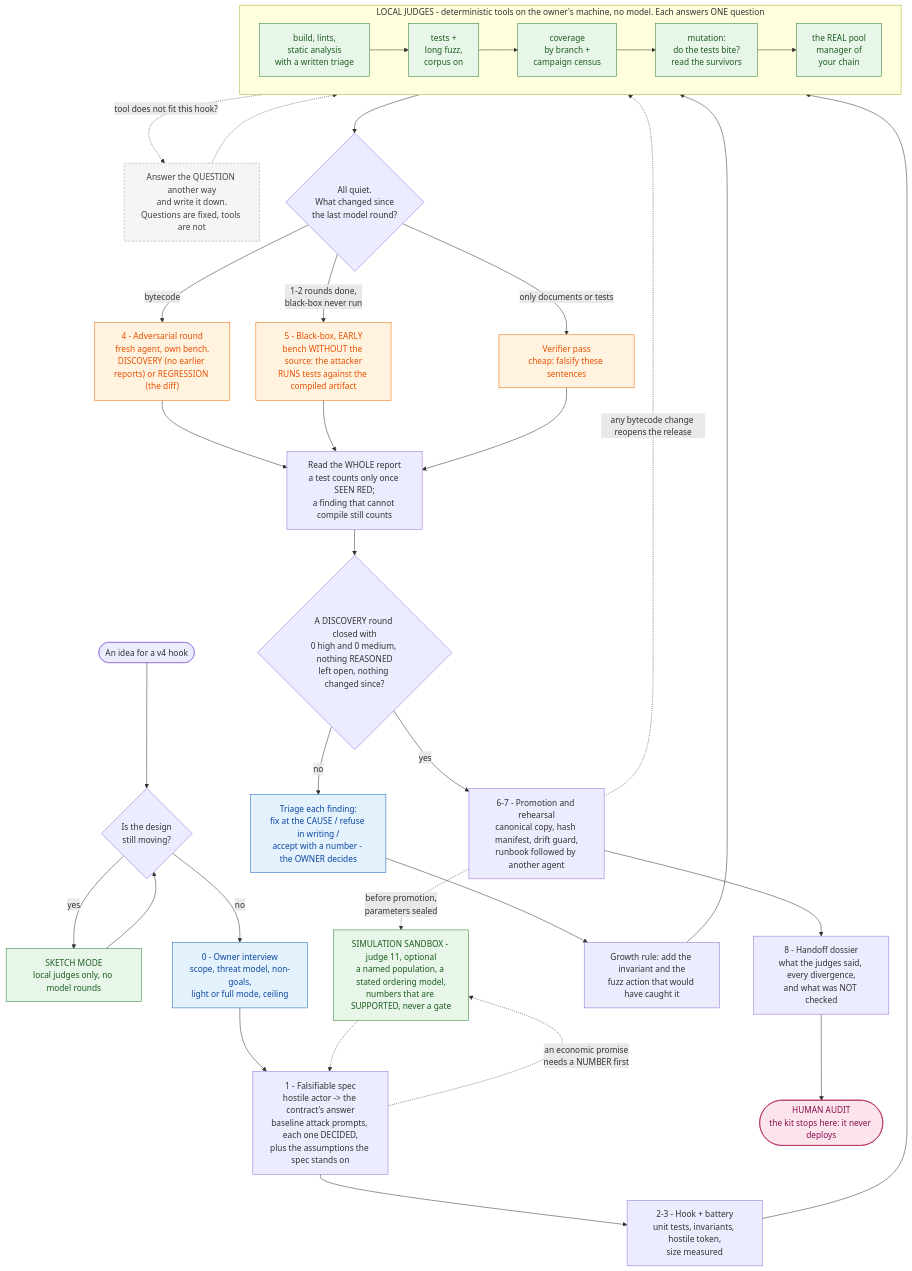
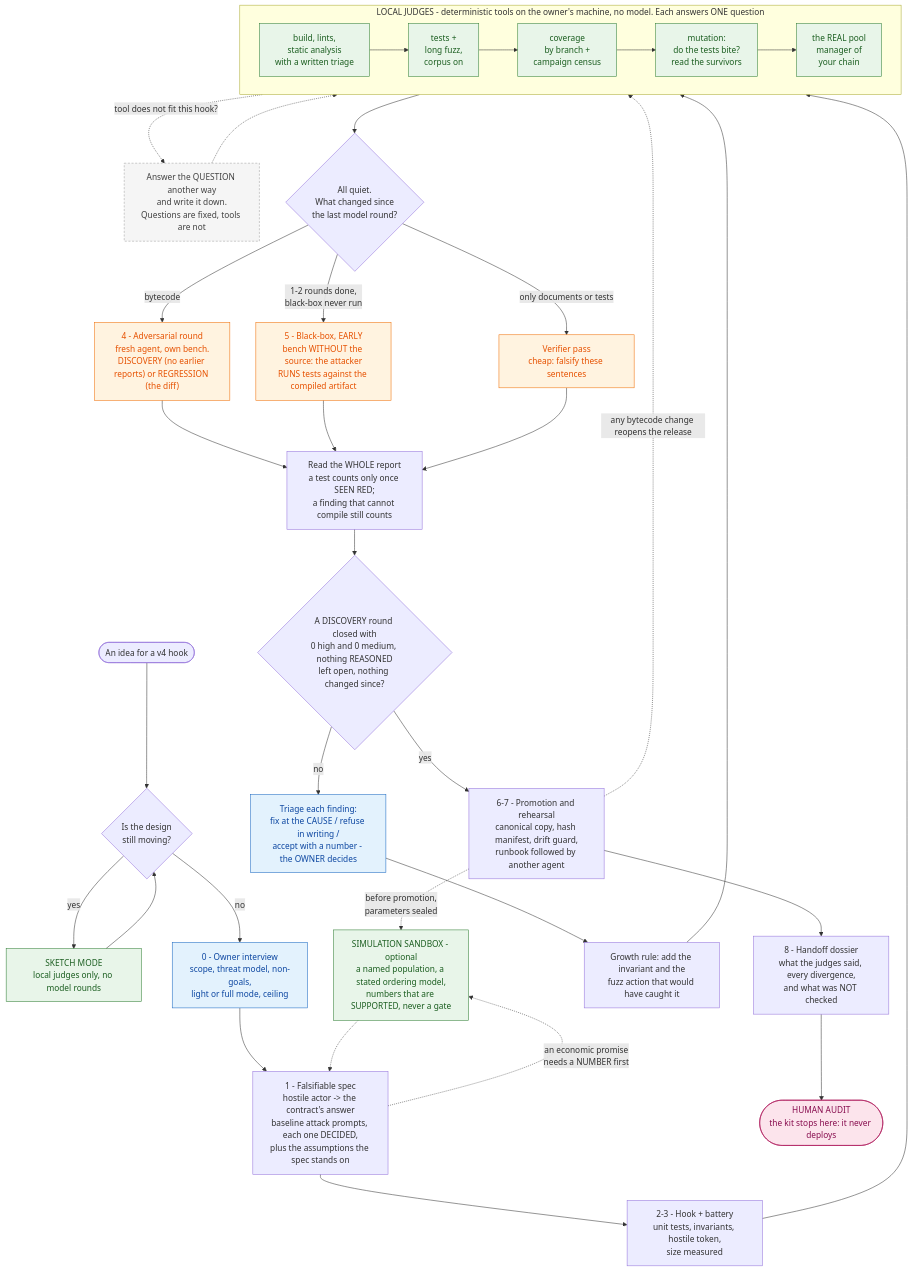
Before and after one commit to cortssa/hook-gauntlet: the diagram in README.md, drawn with Mermaid. The commit also changed other lines of this file and 48 other files, not shown here.

````diff
--- a/README.md
+++ b/README.md
@@ -45,51 +45,51 @@
 ```mermaid
 flowchart TD
     IDEA(["An idea for a v4 hook"]) --> MOVING{"Is the design<br/>still moving?"}
     MOVING -- "yes" --> SKETCH["SKETCH MODE<br/>local judges only, no model rounds"]
     SKETCH --> MOVING
     MOVING -- "no" --> P0["0 - Owner interview<br/>scope, threat model, non-goals,<br/>light or full mode, ceiling"]
     P0 --> P1["1 - Falsifiable spec<br/>hostile actor -> the contract's answer<br/>baseline attack prompts, each one DECIDED,<br/>plus the assumptions the spec stands on"]
     P1 --> P2["2-3 - Hook + battery<br/>unit tests, invariants, hostile token,<br/>size measured"]
     P2 --> LOCAL
 
     subgraph LOCAL["LOCAL JUDGES - deterministic tools on the owner's machine, no model. Each answers ONE question"]
         direction LR
         J1["build, lints,<br/>static analysis<br/>with a written triage"] --> J2["tests +<br/>long fuzz,<br/>corpus on"] --> J3["coverage<br/>by branch +<br/>campaign census"] --> J4["mutation:<br/>do the tests bite?<br/>read the survivors"] --> J5["the REAL pool<br/>manager of<br/>your chain"]
     end
 
-    P1 -. "an economic promise<br/>needs a NUMBER first" .-> SIM["SIMULATION SANDBOX - judge 11, optional<br/>a named population, a stated ordering model,<br/>numbers that are SUPPORTED, never a gate"]
+    P1 -. "an economic promise<br/>needs a NUMBER first" .-> SIM["SIMULATION SANDBOX - optional<br/>a named population, a stated ordering model,<br/>numbers that are SUPPORTED, never a gate"]
     P6 -. "before promotion,<br/>parameters sealed" .-> SIM
     SIM -.-> P1
     LOCAL -. "tool does not fit this hook?" .-> DIV["Answer the QUESTION another way<br/>and write it down.<br/>Questions are fixed, tools are not"]
     DIV -.-> LOCAL
 
     LOCAL --> WHAT{"All quiet.<br/>What changed since<br/>the last model round?"}
     WHAT -- "bytecode" --> ROUND["4 - Adversarial round<br/>fresh agent, own bench.<br/>DISCOVERY (no earlier reports) or REGRESSION (the diff)"]
     WHAT -- "1-2 rounds done,<br/>black-box never run" --> BB["5 - Black-box, EARLY<br/>bench WITHOUT the source: the attacker<br/>RUNS tests against the compiled artifact"]
     WHAT -- "only documents or tests" --> VER["Verifier pass<br/>cheap: falsify these sentences"]
 
     ROUND --> READ["Read the WHOLE report<br/>a test counts only once SEEN RED;<br/>a finding that cannot compile still counts"]
     BB --> READ
     VER --> READ
 
     READ --> CLEAN{"A DISCOVERY round closed with<br/>0 high and 0 medium, nothing REASONED<br/>left open, nothing changed since?"}
     CLEAN -- "no" --> TRIAGE["Triage each finding:<br/>fix at the CAUSE / refuse in writing /<br/>accept with a number - the OWNER decides"]
     TRIAGE --> GROW["Growth rule: add the invariant and the<br/>fuzz action that would have caught it"]
     GROW --> LOCAL
 
     CLEAN -- "yes" --> P6["6-7 - Promotion and rehearsal<br/>canonical copy, hash manifest, drift guard,<br/>runbook followed by another agent"]
     P6 --> P8["8 - Handoff dossier<br/>what the judges said, every divergence,<br/>and what was NOT checked"]
     P8 --> HUMAN(["HUMAN AUDIT<br/>the kit stops here: it never deploys"])
     P6 -. "any bytecode change reopens the release" .-> LOCAL
 
     classDef local fill:#e8f5e9,stroke:#2e7d32,color:#1b5e20
     classDef model fill:#fff3e0,stroke:#ef6c00,color:#e65100
     classDef owner fill:#e3f2fd,stroke:#1565c0,color:#0d47a1
     classDef stop fill:#fce4ec,stroke:#ad1457,color:#880e4f
     classDef note fill:#f5f5f5,stroke:#9e9e9e,color:#424242,stroke-dasharray: 4 3
     class SKETCH,J1,J2,J3,J4,J5,SIM local
     class ROUND,BB,VER model
     class P0,TRIAGE owner
     class HUMAN stop
     class DIV note
 ```
````
